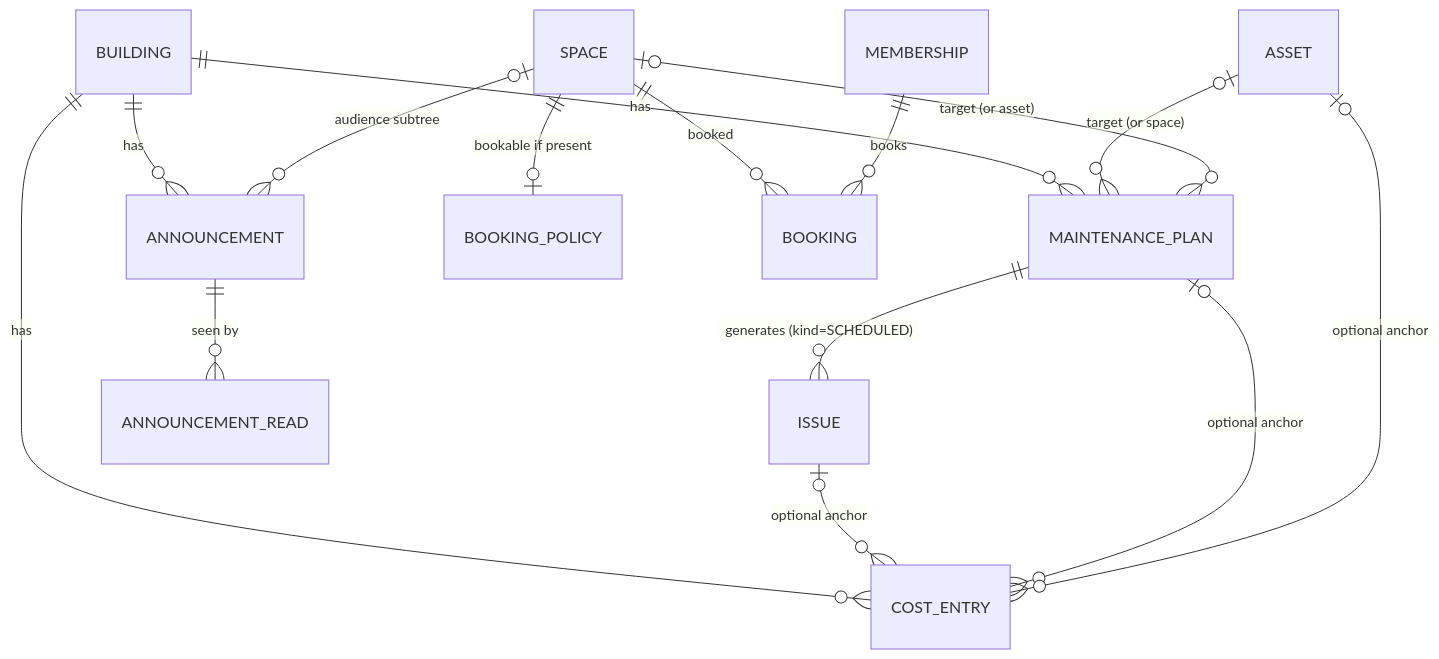
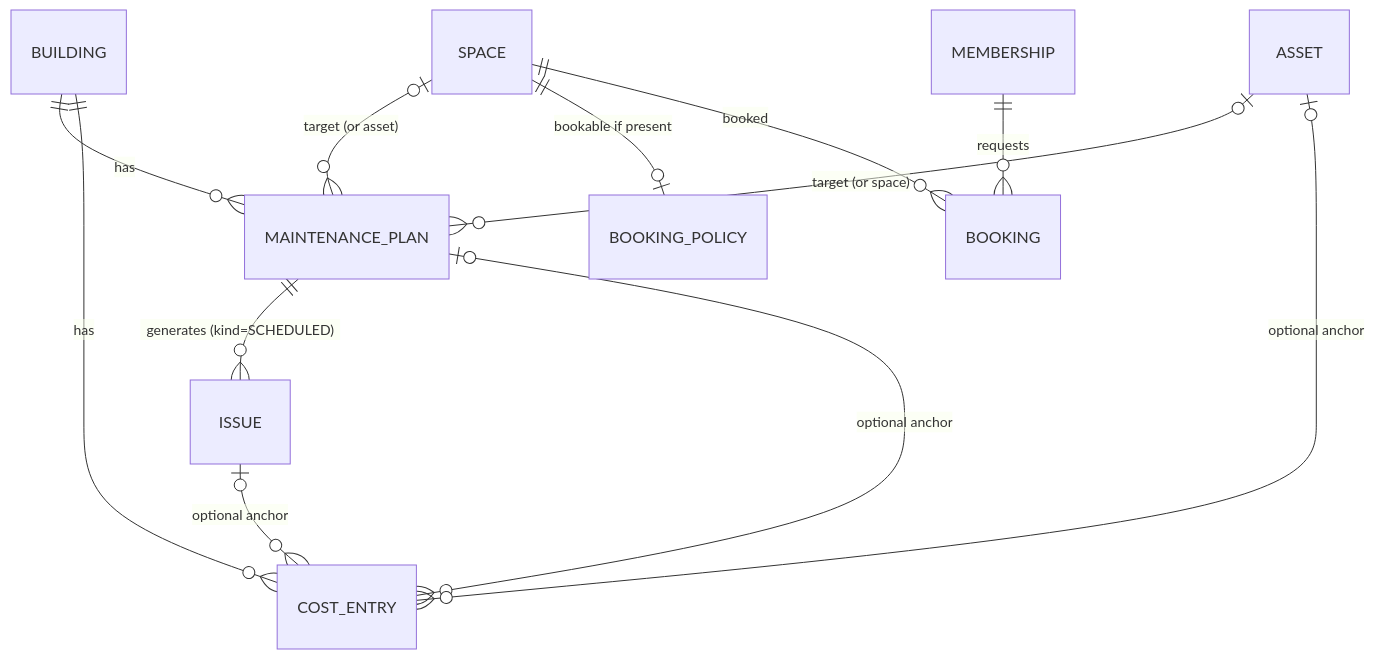
One commit to francisco-antao-aguiar/opus-5.5-condo-app changed the diagram in docs/PHASE-6-DESIGN.md. Above: the diagram before and after it, drawn with Mermaid. The commit also changed other lines of this file and 2 other files, not shown here.

````diff
--- a/docs/PHASE-6-DESIGN.md
+++ b/docs/PHASE-6-DESIGN.md
@@ -28,17 +38,14 @@
 ```mermaid
 erDiagram
     BUILDING ||--o{ MAINTENANCE_PLAN : has
     ASSET |o--o{ MAINTENANCE_PLAN : "target (or space)"
     SPACE |o--o{ MAINTENANCE_PLAN : "target (or asset)"
     MAINTENANCE_PLAN ||--o{ ISSUE : "generates (kind=SCHEDULED)"
-    BUILDING ||--o{ ANNOUNCEMENT : has
-    SPACE |o--o{ ANNOUNCEMENT : "audience subtree"
-    ANNOUNCEMENT ||--o{ ANNOUNCEMENT_READ : "seen by"
     SPACE ||--o| BOOKING_POLICY : "bookable if present"
     SPACE ||--o{ BOOKING : "booked"
-    MEMBERSHIP ||--o{ BOOKING : books
+    MEMBERSHIP ||--o{ BOOKING : requests
     BUILDING ||--o{ COST_ENTRY : has
     ISSUE |o--o{ COST_ENTRY : "optional anchor"
     MAINTENANCE_PLAN |o--o{ COST_ENTRY : "optional anchor"
     ASSET |o--o{ COST_ENTRY : "optional anchor"
 ```
````
